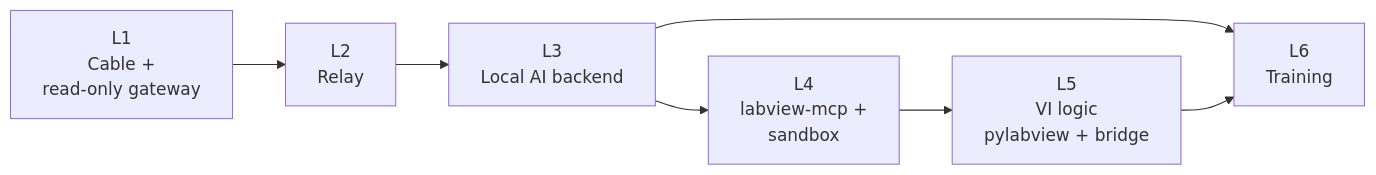
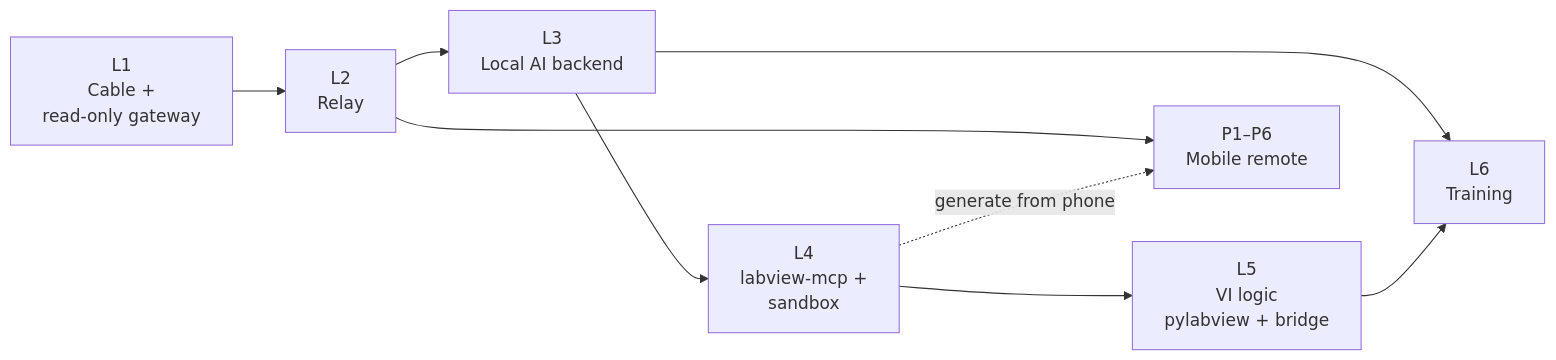
The diagram in docs/09-milestones.md (Robokks/labview-ai-training-), drawn with Mermaid before and after one commit. The commit also changed other lines of this file and 5 other files, not shown here.

First line of the commit message:
Add mobile remote design: phone controls DynasBrain, generation stays on PC

````diff
--- a/docs/09-milestones.md
+++ b/docs/09-milestones.md
@@ -5,9 +5,11 @@
 ```mermaid
 flowchart LR
     L1["L1<br/>Cable +<br/>read-only gateway"] --> L2["L2<br/>Relay"]
     L2 --> L3["L3<br/>Local AI backend"]
     L3 --> L4["L4<br/>labview-mcp +<br/>sandbox"]
     L4 --> L5["L5<br/>VI logic<br/>pylabview + bridge"]
     L3 --> L6["L6<br/>Training"]
     L5 --> L6
+    L2 --> P1["P1–P6<br/>Mobile remote"]
+    L4 -. "generate from phone" .-> P1
 ```
````
